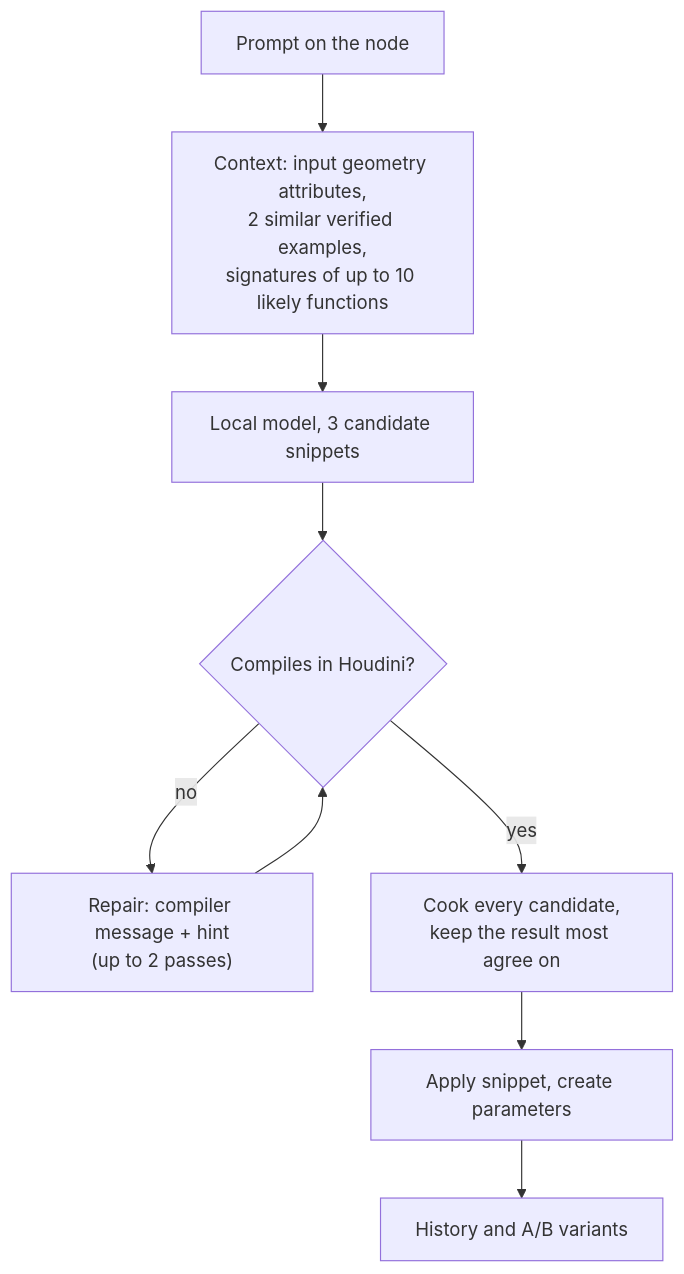
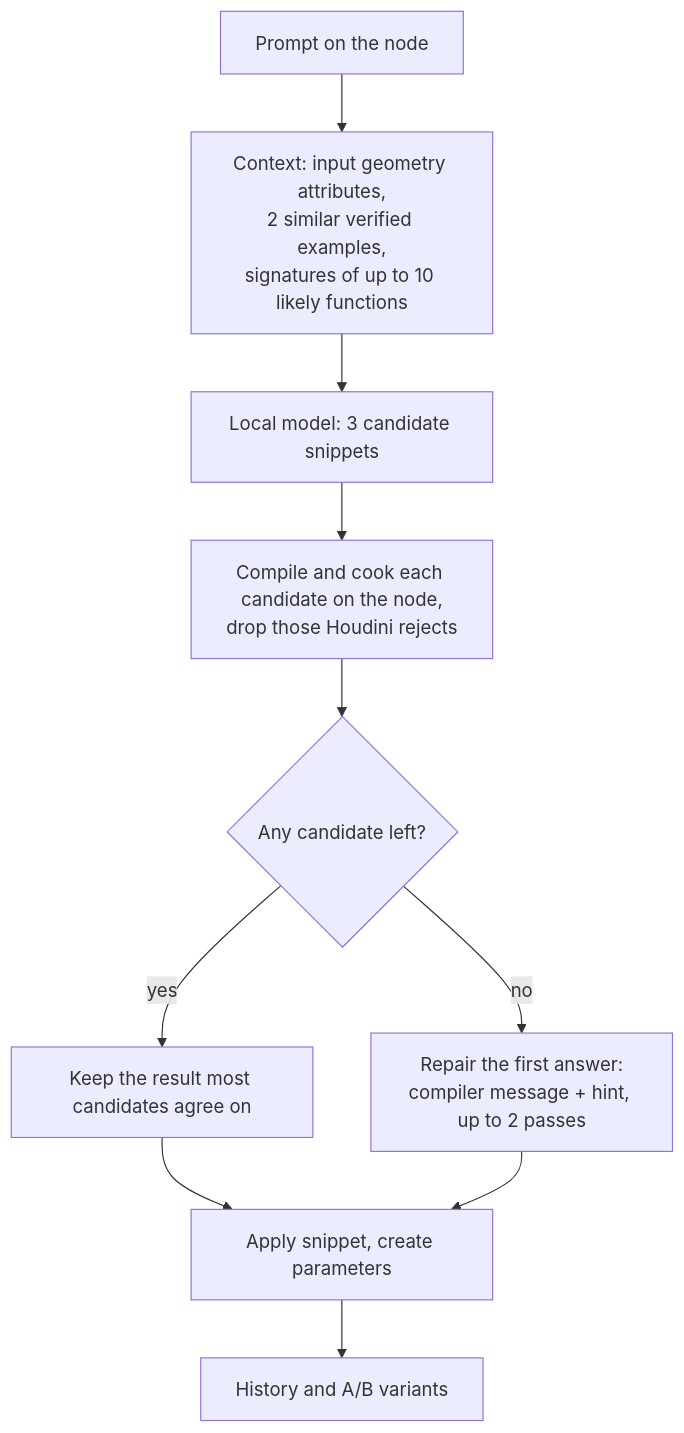
One commit to anshul-vashist/Houdini-Ai-Attribute-Wrangle changed the diagram in README.md. Above: the diagram before and after it, drawn with Mermaid. The commit also changed other lines of this file and 6 other files, not shown here.

````diff
--- a/README.md
+++ b/README.md
@@ -44,11 +45,12 @@
 ```mermaid
 graph TD
     A["Prompt on the node"] --> B["Context: input geometry attributes,<br/>2 similar verified examples,<br/>signatures of up to 10 likely functions"]
-    B --> C["Local model, 3 candidate snippets"]
-    C --> D{"Compiles in Houdini?"}
-    D -->|no| E["Repair: compiler message + hint<br/>(up to 2 passes)"]
-    E --> D
-    D -->|yes| F["Cook every candidate,<br/>keep the result most agree on"]
-    F --> G["Apply snippet, create parameters"]
-    G --> H["History and A/B variants"]
+    B --> C["Local model: 3 candidate snippets"]
+    C --> D["Compile and cook each candidate on the node,<br/>drop those Houdini rejects"]
+    D --> E{"Any candidate left?"}
+    E -->|yes| F["Keep the result most candidates agree on"]
+    E -->|no| G["Repair the first answer:<br/>compiler message + hint, up to 2 passes"]
+    F --> H["Apply snippet, create parameters"]
+    G --> H
+    H --> I["History and A/B variants"]
 ```
````
